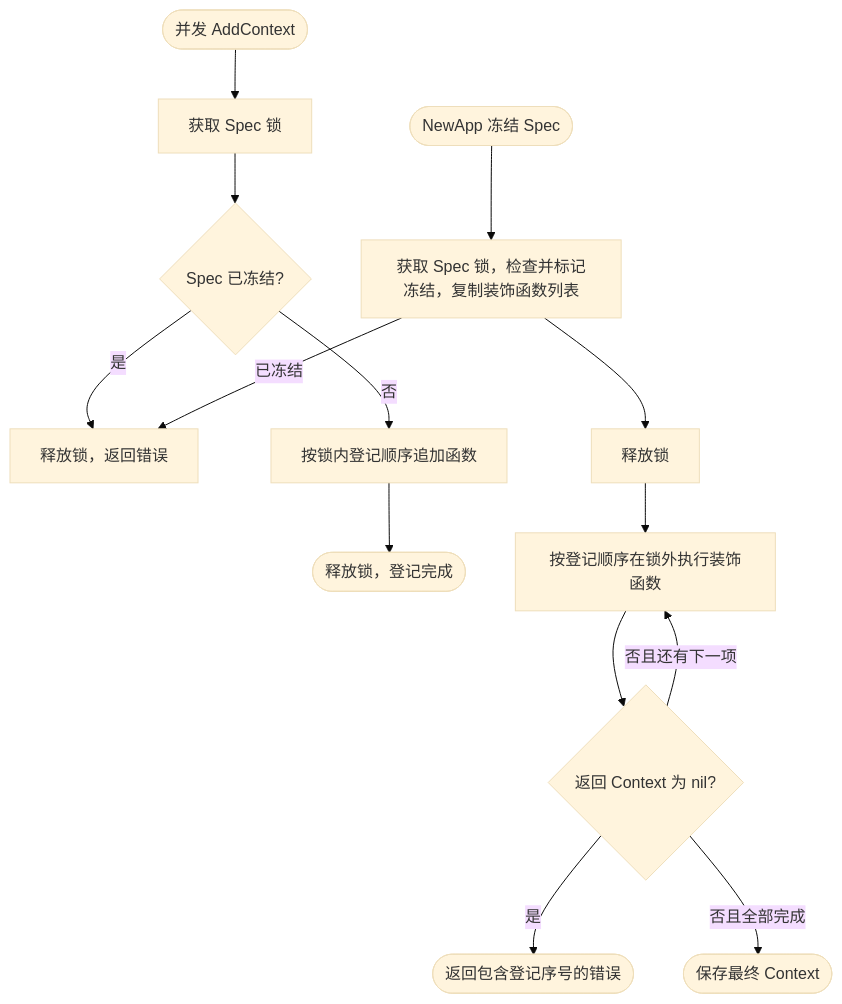
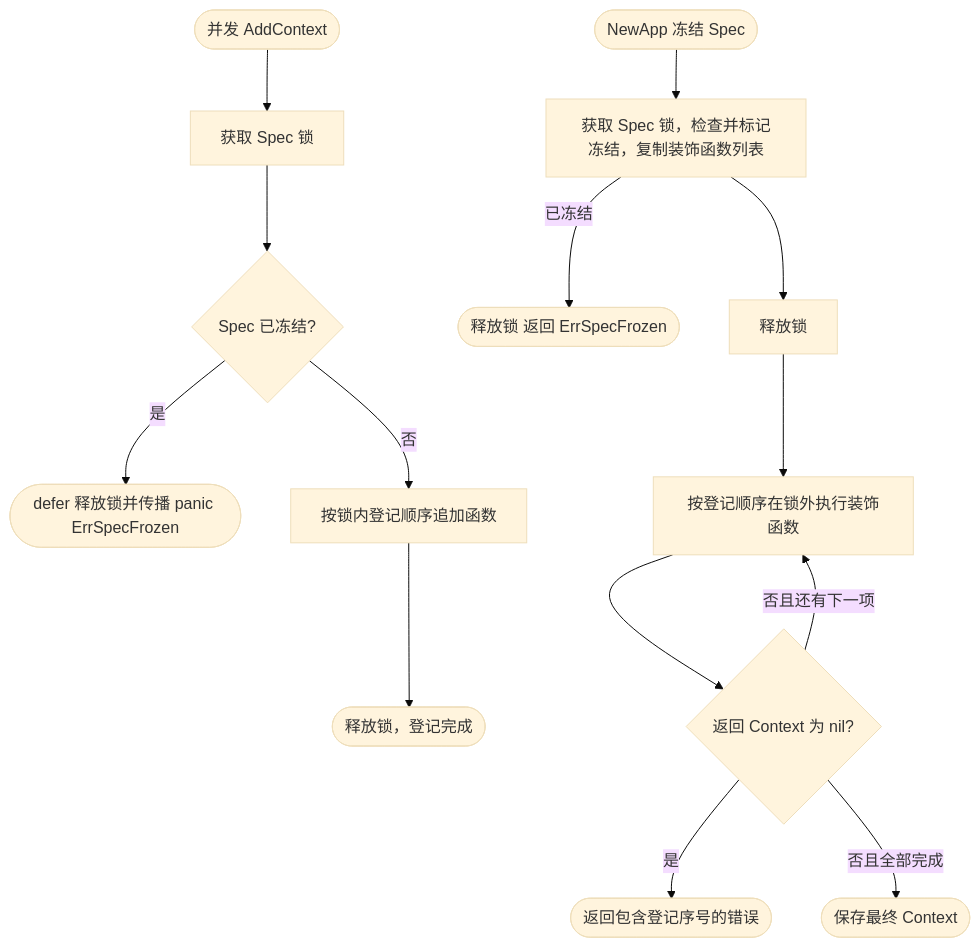
One commit to jaggerzhuang1994/kratos-foundation changed the third of 8 diagrams in pkg/app/README.md. Above: the diagram before and after it, drawn with Mermaid (base theme). The commit also changed other lines of this file and 77 other files, not shown here.

Commit message:
refactor(bootstrap): 简化 Spec 蓝图组装与协议启用规则

````diff
--- a/pkg/app/README.md
+++ b/pkg/app/README.md
@@ -77,16 +79,16 @@
 ```mermaid
 flowchart TD
     A([并发 AddContext]) --> B[获取 Spec 锁]
     B --> C{Spec 已冻结?}
-    C -- 是 --> D[释放锁，返回错误]
+    C -- 是 --> D([defer 释放锁并传播 panic ErrSpecFrozen])
     C -- 否 --> E[按锁内登记顺序追加函数]
     E --> F([释放锁，登记完成])
     G([NewApp 冻结 Spec]) --> H[获取 Spec 锁，检查并标记冻结，复制装饰函数列表]
-    H -- 已冻结 --> D
+    H -- 已冻结 --> Q([释放锁 返回 ErrSpecFrozen])
     H --> I[释放锁]
     I --> J[按登记顺序在锁外执行装饰函数]
     J --> K{返回 Context 为 nil?}
     K -- 是 --> L([返回包含登记序号的错误])
     K -- 否且还有下一项 --> J
     K -- 否且全部完成 --> M([保存最终 Context])
 ```
````
